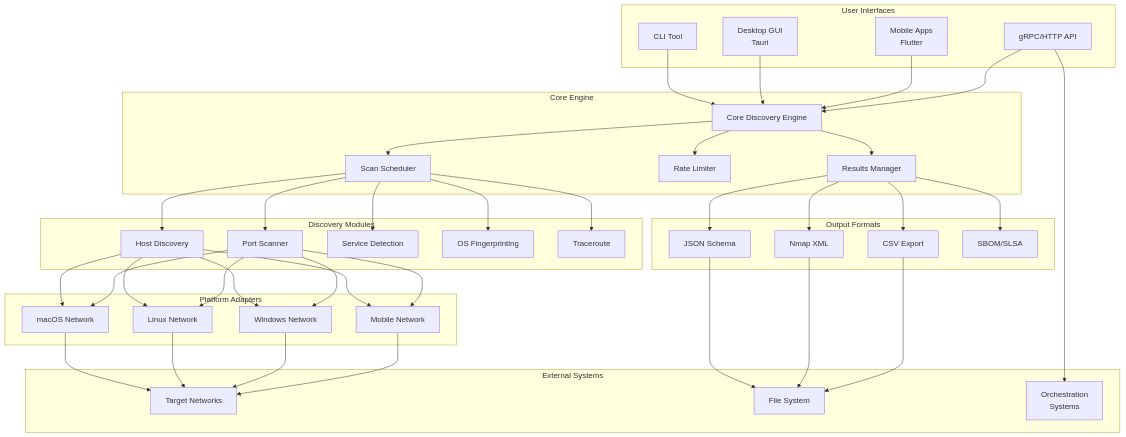
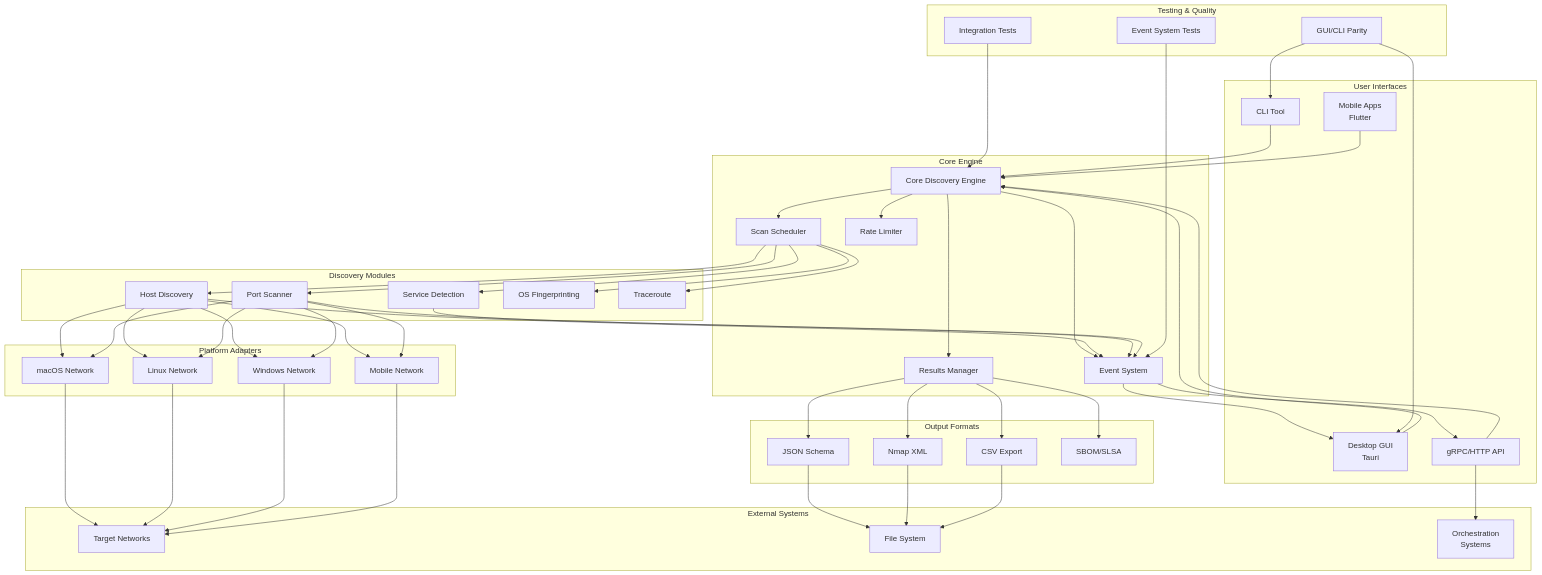
One commit to CySalazar/cyNetMapper changed the diagram in ARCHITECTURE.md. Above: the diagram before and after it, drawn with Mermaid. The commit also changed other lines of this file and 8 other files, not shown here.

First line of the commit message:
feat: add comprehensive event system with integration tests

```diff
--- a/ARCHITECTURE.md
+++ b/ARCHITECTURE.md
@@ -28,6 +28,7 @@
         Scheduler[Scan Scheduler]
         RateLimit[Rate Limiter]
         Results[Results Manager]
+        Events[Event System]
     end
     
     subgraph "Discovery Modules"
@@ -52,6 +53,12 @@
         SBOM[SBOM/SLSA]
     end
     
+    subgraph "Testing & Quality"
+        IntegrationTests[Integration Tests]
+        EventTests[Event System Tests]
+        ParityTests[GUI/CLI Parity]
+    end
+    
     subgraph "External Systems"
         Network[Target Networks]
         Files[File System]
@@ -66,12 +73,20 @@
     Core --> Scheduler
     Core --> RateLimit
     Core --> Results
+    Core --> Events
+    
+    Events --> GUI
+    Events --> API
     
     Scheduler --> HostDisc
     Scheduler --> PortScan
     Scheduler --> ServiceDet
     Scheduler --> OSFinger
     Scheduler --> Traceroute
+    
+    HostDisc --> Events
+    PortScan --> Events
+    ServiceDet --> Events
     
     HostDisc --> NetworkMac
     HostDisc --> NetworkLinux
@@ -88,6 +103,11 @@
     Results --> CSV
     Results --> SBOM
     
+    IntegrationTests --> Core
+    EventTests --> Events
+    ParityTests --> CLI
+    ParityTests --> GUI
+    
     NetworkMac --> Network
     NetworkLinux --> Network
     NetworkWin --> Network
```
